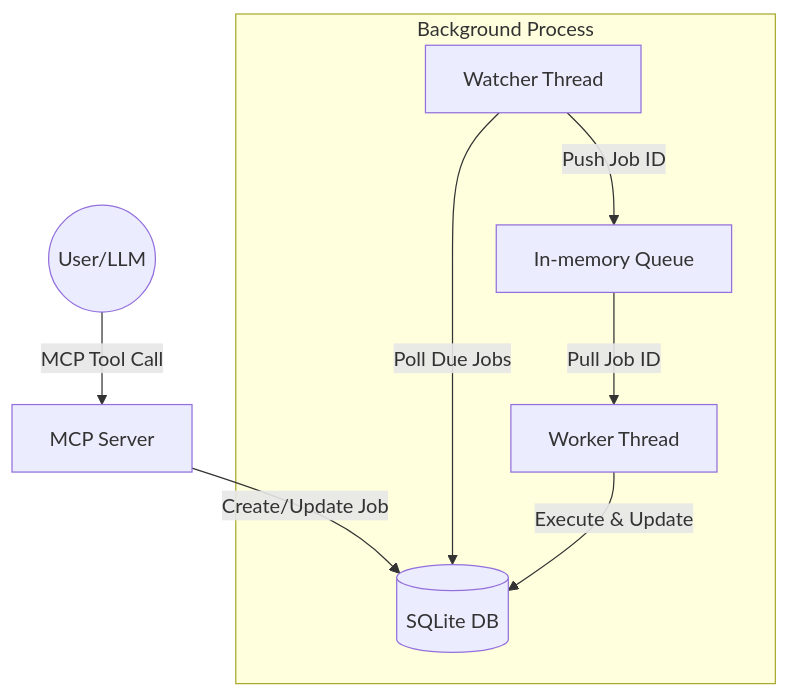
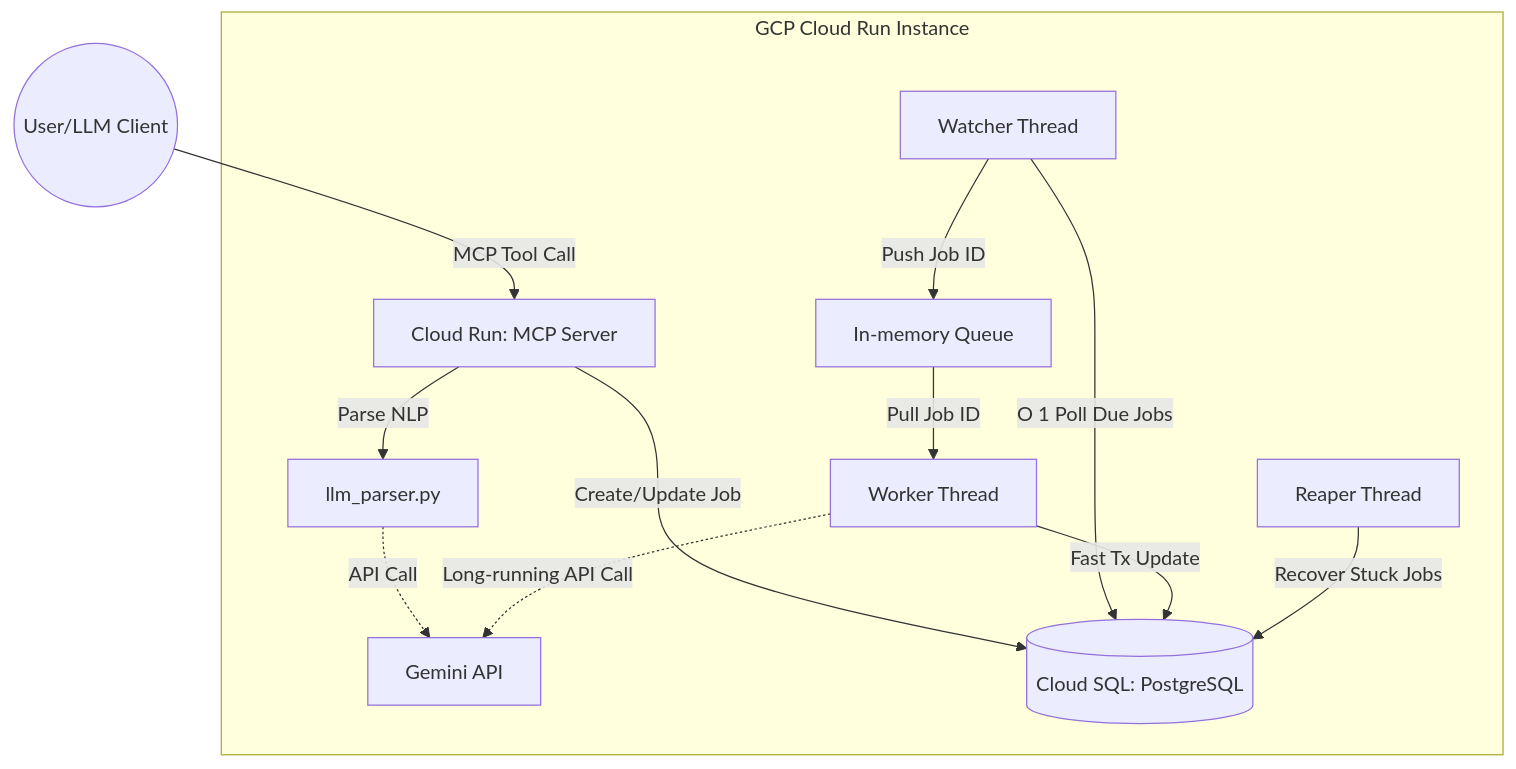
Before and after one commit to jycc-267/mcp-task-scheduler: the diagram in artifacts/architectures/overview.md, drawn with Mermaid. The commit also changed other lines of this file and 2 other files, not shown here.

Commit message:
update specs and architecture overview

````diff
--- a/artifacts/architectures/overview.md
+++ b/artifacts/architectures/overview.md
@@ -43,12 +49,19 @@
 ```mermaid
 graph TD
-    User((User/LLM)) -->|MCP Tool Call| Server[MCP Server]
-    Server -->|Create/Update Job| DB[(SQLite DB)]
+    User((User/LLM Client)) -->|MCP Tool Call| Server[Cloud Run: MCP Server]
     
-    subgraph Background Process
-        Watcher[Watcher Thread] -->|Poll Due Jobs| DB
+    subgraph GCP Cloud Run Instance
+        Server -->|Parse NLP| LLMParser[llm_parser.py]
+        LLMParser -.->|API Call| Gemini[Gemini API]
+        Server -->|Create/Update Job| DB[(Cloud SQL: PostgreSQL)]
+        
+        Watcher[Watcher Thread] -->|O 1 Poll Due Jobs| DB
         Watcher -->|Push Job ID| Queue[In-memory Queue]
         Queue -->|Pull Job ID| Worker[Worker Thread]
-        Worker -->|Execute & Update| DB
+        
+        Worker -.->|Long-running API Call| Gemini
+        Worker -->|Fast Tx Update| DB
+        
+        Reaper[Reaper Thread] -->|Recover Stuck Jobs| DB
     end
 ```
````
